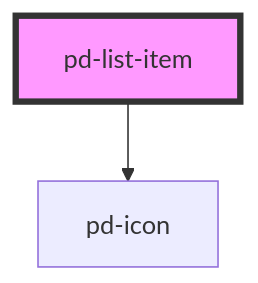
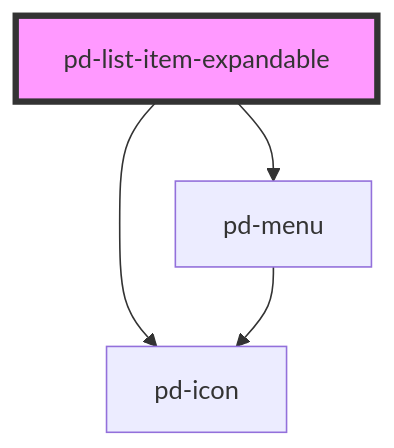
The diagram in src/components/pd-list-item-expandable/readme.md (Lambda-IT/parlamentsdienste-components), drawn with Mermaid before and after one commit. The commit also changed other lines of this file and 15 other files, not shown here.

````diff
--- a/src/components/pd-list-item-expandable/readme.md
+++ b/src/components/pd-list-item-expandable/readme.md
@@ -19,5 +52,7 @@
 ```mermaid
 graph TD;
-  pd-list-item --> pd-icon
-  style pd-list-item fill:#f9f,stroke:#333,stroke-width:4px
+  pd-list-item-expandable --> pd-icon
+  pd-list-item-expandable --> pd-menu
+  pd-menu --> pd-icon
+  style pd-list-item-expandable fill:#f9f,stroke:#333,stroke-width:4px
 ```
````
